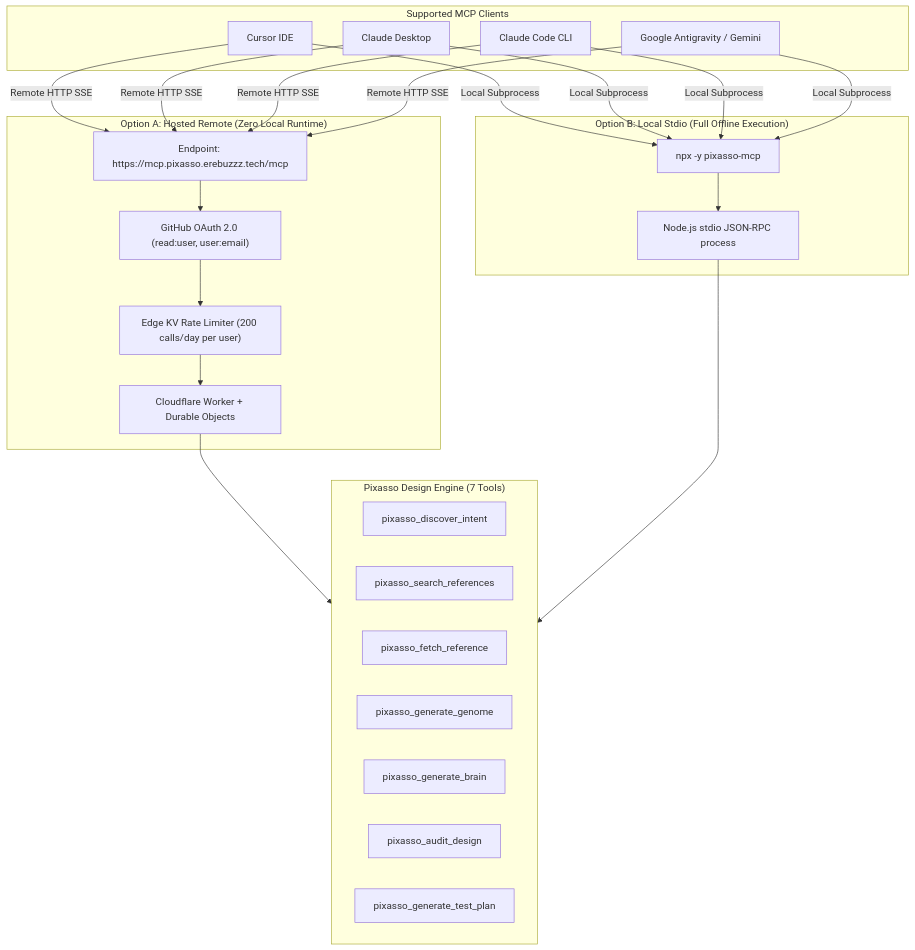
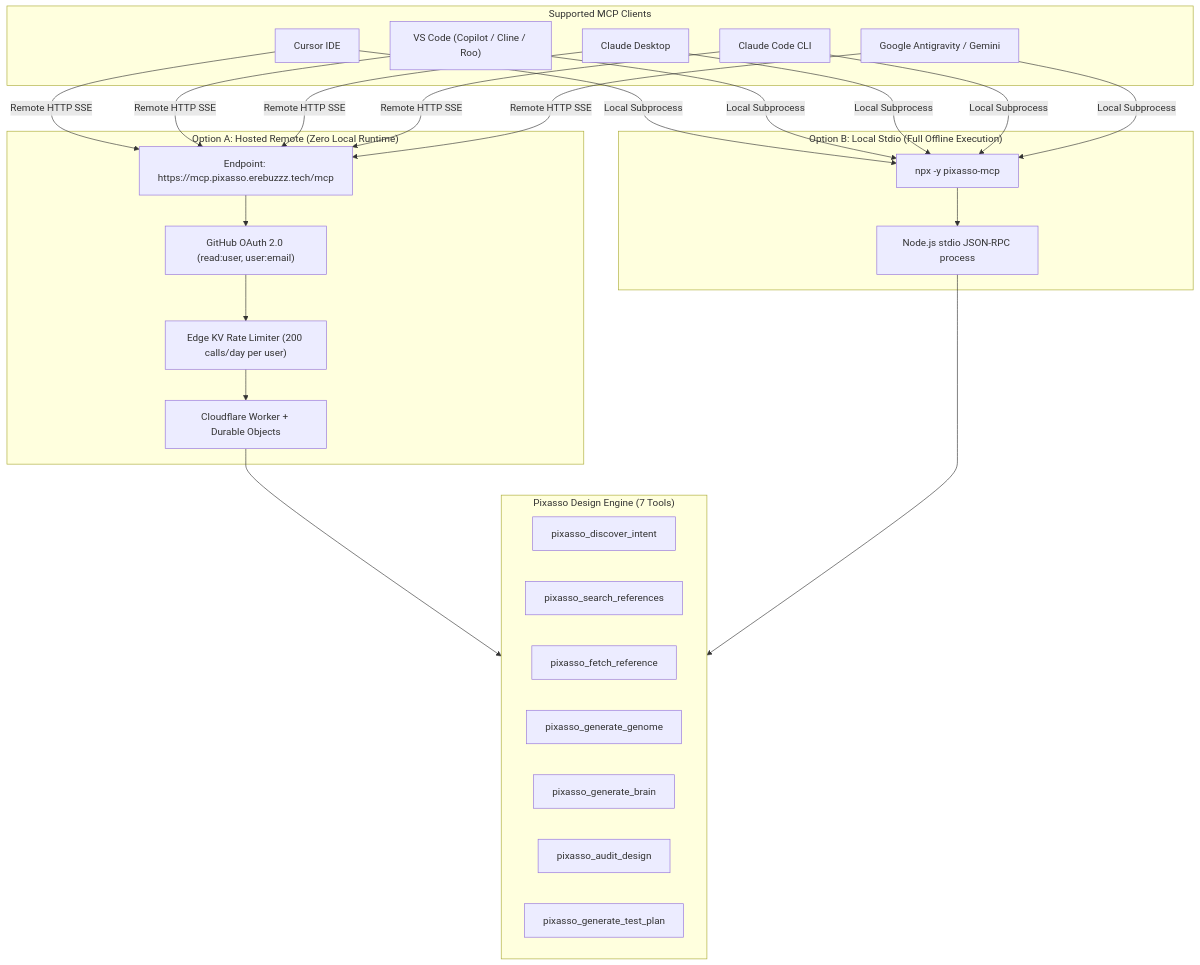
The fifth of 8 diagrams in README.md (Erebuzzz/pixasso), drawn with Mermaid before and after one commit. The commit also changed other lines of this file and 6 other files, not shown here.

````diff
--- a/README.md
+++ b/README.md
@@ -242,40 +242,41 @@
 ```mermaid
 flowchart TD
     subgraph Clients ["Supported MCP Clients"]
         C1["Cursor IDE"]
-        C2["Claude Desktop"]
-        C3["Claude Code CLI"]
-        C4["Google Antigravity / Gemini"]
+        C2["VS Code (Copilot / Cline / Roo)"]
+        C3["Claude Desktop"]
+        C4["Claude Code CLI"]
+        C5["Google Antigravity / Gemini"]
     end
 
     subgraph RemoteTransport ["Option A: Hosted Remote (Zero Local Runtime)"]
         R_URL["Endpoint: https://mcp.pixasso.erebuzzz.tech/mcp"]
         R_AUTH["GitHub OAuth 2.0 (read:user, user:email)"]
         R_KV["Edge KV Rate Limiter (200 calls/day per user)"]
         R_WORKER["Cloudflare Worker + Durable Objects"]
 
         R_URL --> R_AUTH --> R_KV --> R_WORKER
     end
 
     subgraph LocalTransport ["Option B: Local Stdio (Full Offline Execution)"]
         L_NPX["npx -y pixasso-mcp"]
         L_LOCAL["Node.js stdio JSON-RPC process"]
 
         L_NPX --> L_LOCAL
     end
 
     subgraph Engine ["Pixasso Design Engine (7 Tools)"]
         T1["pixasso_discover_intent"]
         T2["pixasso_search_references"]
         T3["pixasso_fetch_reference"]
         T4["pixasso_generate_genome"]
         T5["pixasso_generate_brain"]
         T6["pixasso_audit_design"]
         T7["pixasso_generate_test_plan"]
     end
 
-    C1 & C2 & C3 & C4 -->|Remote HTTP SSE| R_URL
-    C1 & C2 & C3 & C4 -->|Local Subprocess| L_NPX
+    C1 & C2 & C3 & C4 & C5 -->|Remote HTTP SSE| R_URL
+    C1 & C2 & C3 & C4 & C5 -->|Local Subprocess| L_NPX
     R_WORKER --> Engine
     L_LOCAL --> Engine
 ```
````
